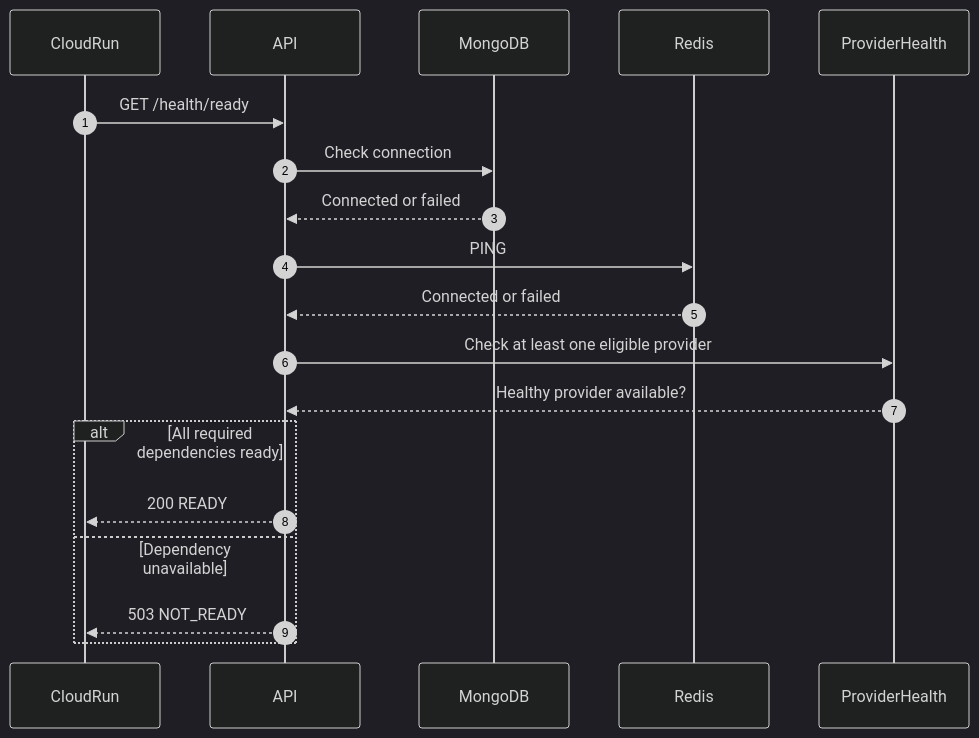
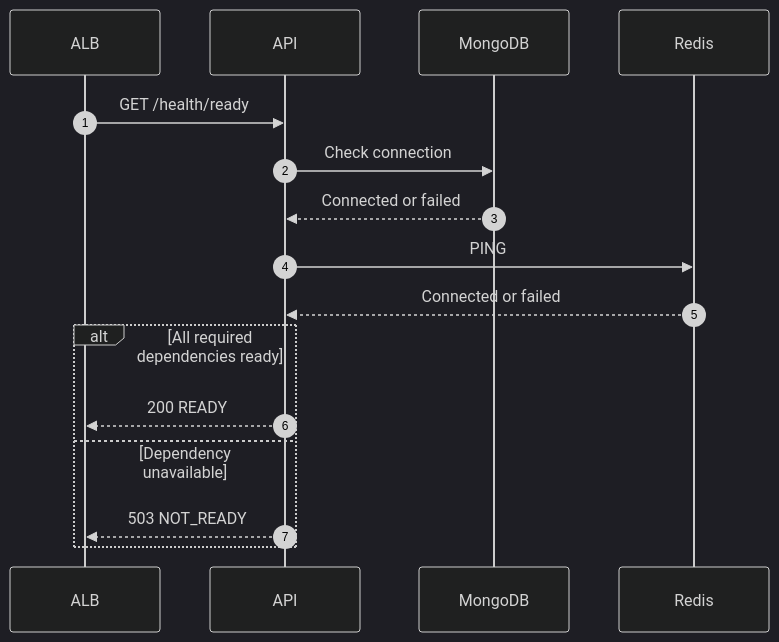
One commit to tarun5004/ProxyAi changed diagram 27 of 37 in docs/12_SEQUENCE_DIAGRAMS.md. Above: the diagram before and after it, drawn with Mermaid (dark theme). The commit also changed 12 other files, not shown here.

````diff
--- a/docs/12_SEQUENCE_DIAGRAMS.md
+++ b/docs/12_SEQUENCE_DIAGRAMS.md
@@ -1147,23 +1147,19 @@
 ```mermaid
 sequenceDiagram
     autonumber
-    participant CloudRun
+    participant ALB
     participant API
     participant MongoDB
     participant Redis
-    participant ProviderHealth
 
-    CloudRun->>API: GET /health/ready
+    ALB->>API: GET /health/ready
     API->>MongoDB: Check connection
     MongoDB-->>API: Connected or failed
     API->>Redis: PING
     Redis-->>API: Connected or failed
-    API->>ProviderHealth: Check at least one eligible provider
-    ProviderHealth-->>API: Healthy provider available?
-
     alt All required dependencies ready
-        API-->>CloudRun: 200 READY
+        API-->>ALB: 200 READY
     else Dependency unavailable
-        API-->>CloudRun: 503 NOT_READY
+        API-->>ALB: 503 NOT_READY
     end
 ```
````
